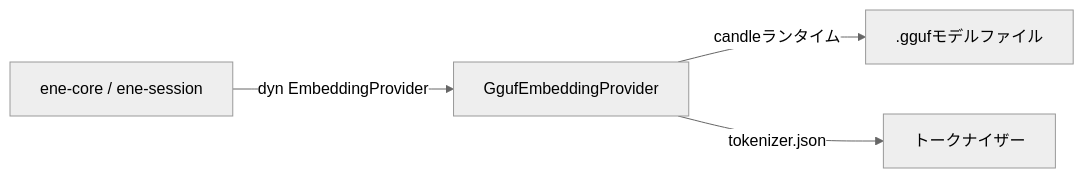
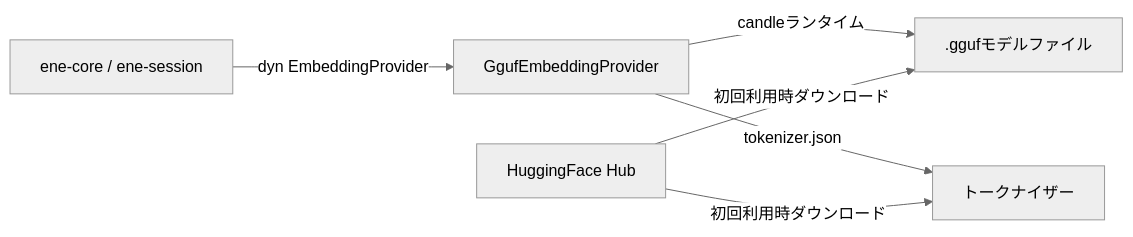
The diagram in docs/ja/api/ene-embedding.md (pexisgle/ene), drawn with Mermaid (neutral theme) before and after one commit. The commit also changed other lines of this file and 64 other files, not shown here.

````diff
--- a/docs/ja/api/ene-embedding.md
+++ b/docs/ja/api/ene-embedding.md
@@ -14,6 +14,8 @@
 ```mermaid
 flowchart LR
     Core[ene-core / ene-session] -->|dyn EmbeddingProvider| GgufProv[GgufEmbeddingProvider]
     GgufProv -->|candleランタイム| GGUF[".ggufモデルファイル"]
     GgufProv -->|tokenizer.json| Tok[トークナイザー]
+    HFHub[HuggingFace Hub] -->|初回利用時ダウンロード| GGUF
+    HFHub -->|初回利用時ダウンロード| Tok
 ```
````
